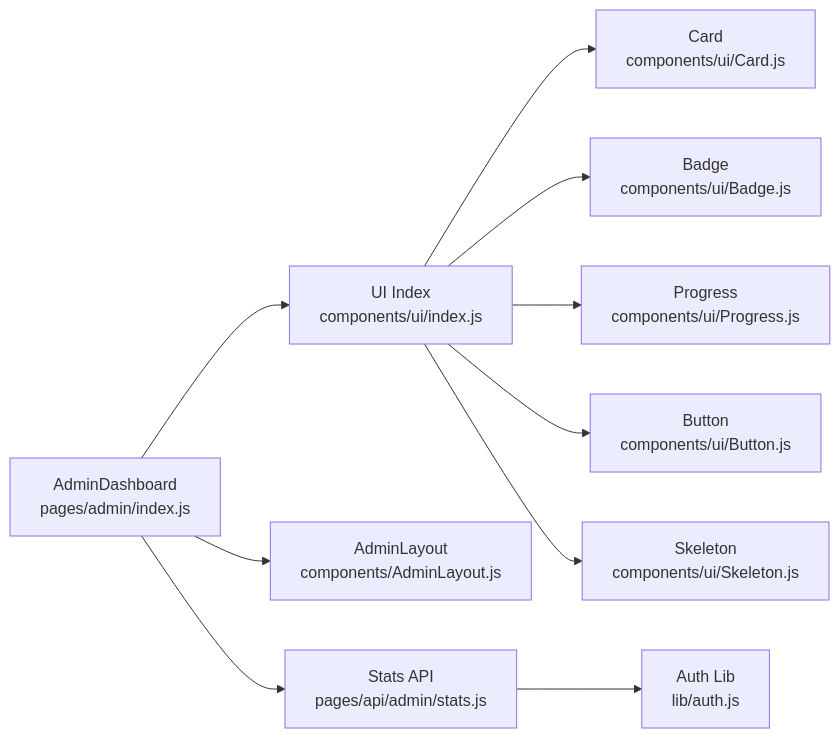
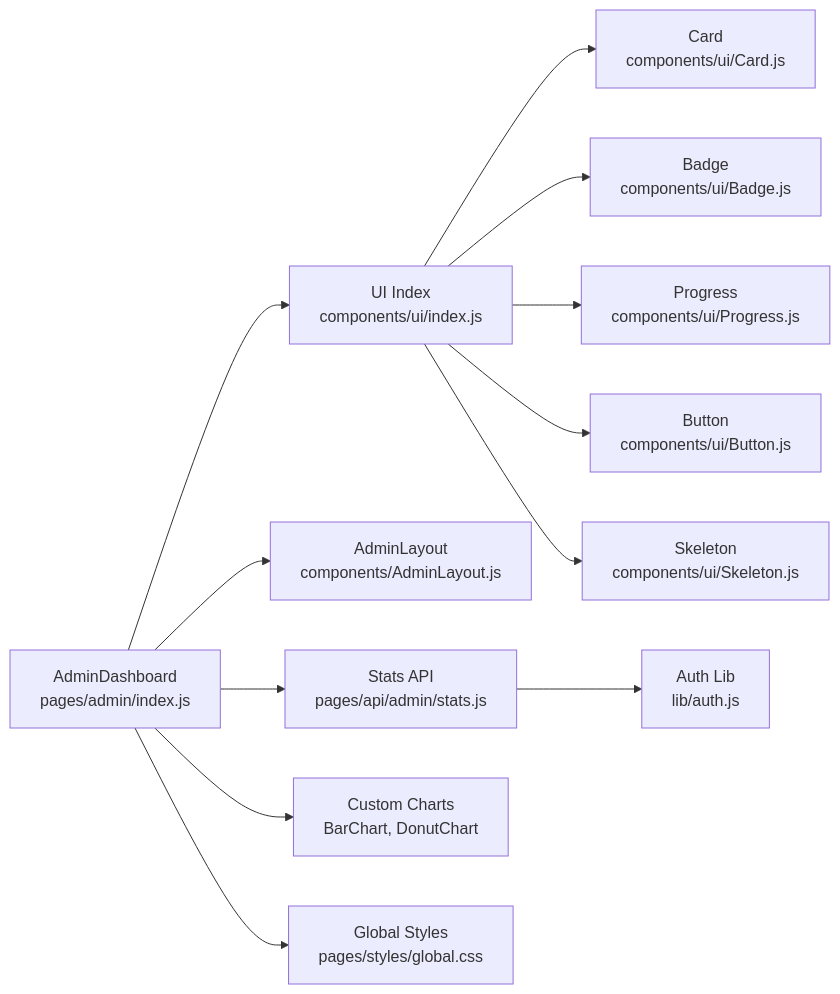
One commit to ObeyMuchechesi/TicketFlow changed diagram 11 of 11 in .qoder/repowiki/en/content/Admin Dashboard/Dashboard Overview.md. Above: the diagram before and after it, drawn with Mermaid. The commit also changed other lines of this file and 12 other files, not shown here.

First line of the commit message:
docs: EcoCash schema columns and project documentation refresh

````diff
--- a/.qoder/repowiki/en/content/Admin Dashboard/Dashboard Overview.md
+++ b/.qoder/repowiki/en/content/Admin Dashboard/Dashboard Overview.md
@@ -319,12 +377,14 @@
 ```mermaid
 graph LR
 Dashboard["AdminDashboard<br/>pages/admin/index.js"] --> UIIndex["UI Index<br/>components/ui/index.js"]
 UIIndex --> CardComp["Card<br/>components/ui/Card.js"]
 UIIndex --> BadgeComp["Badge<br/>components/ui/Badge.js"]
 UIIndex --> ProgressComp["Progress<br/>components/ui/Progress.js"]
 UIIndex --> ButtonComp["Button<br/>components/ui/Button.js"]
 UIIndex --> SkeletonComp["Skeleton<br/>components/ui/Skeleton.js"]
 Dashboard --> AdminLayoutComp["AdminLayout<br/>components/AdminLayout.js"]
 Dashboard --> StatsAPI["Stats API<br/>pages/api/admin/stats.js"]
+Dashboard --> ChartComponents["Custom Charts<br/>BarChart, DonutChart"]
 StatsAPI --> AuthLib["Auth Lib<br/>lib/auth.js"]
+Dashboard --> GlobalStyles["Global Styles<br/>pages/styles/global.css"]
 ```
````
